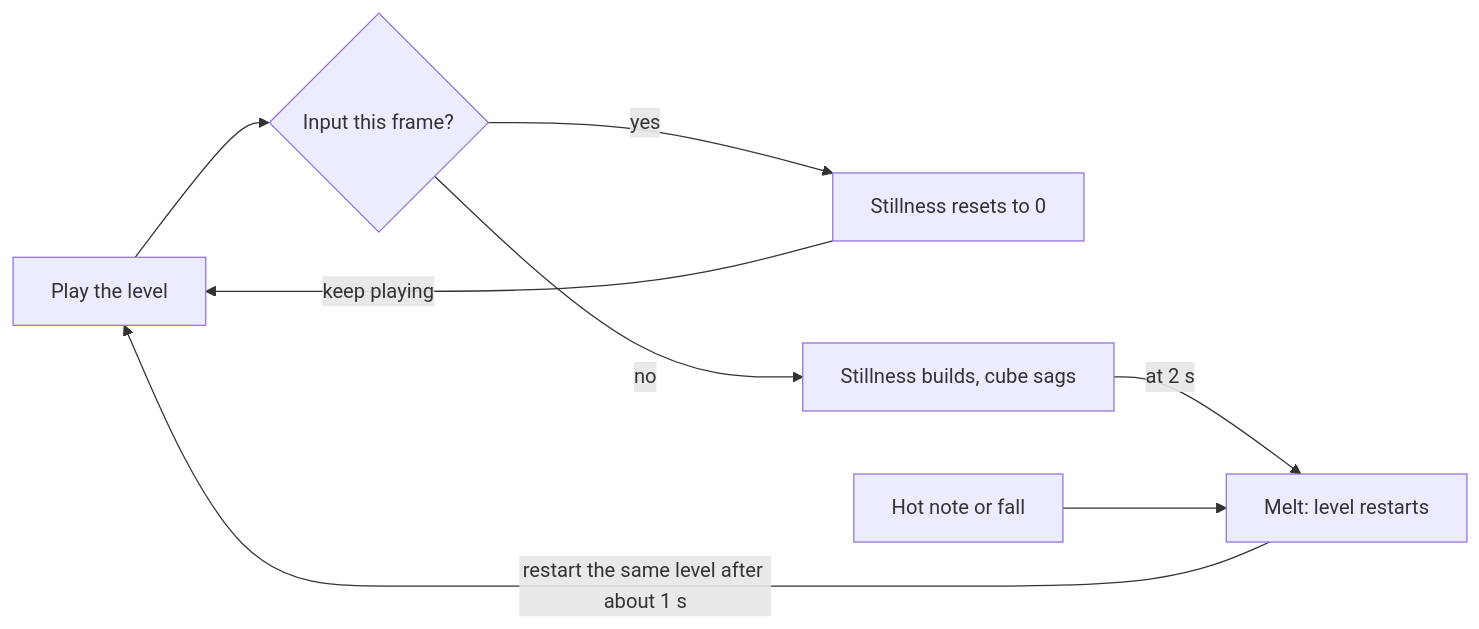
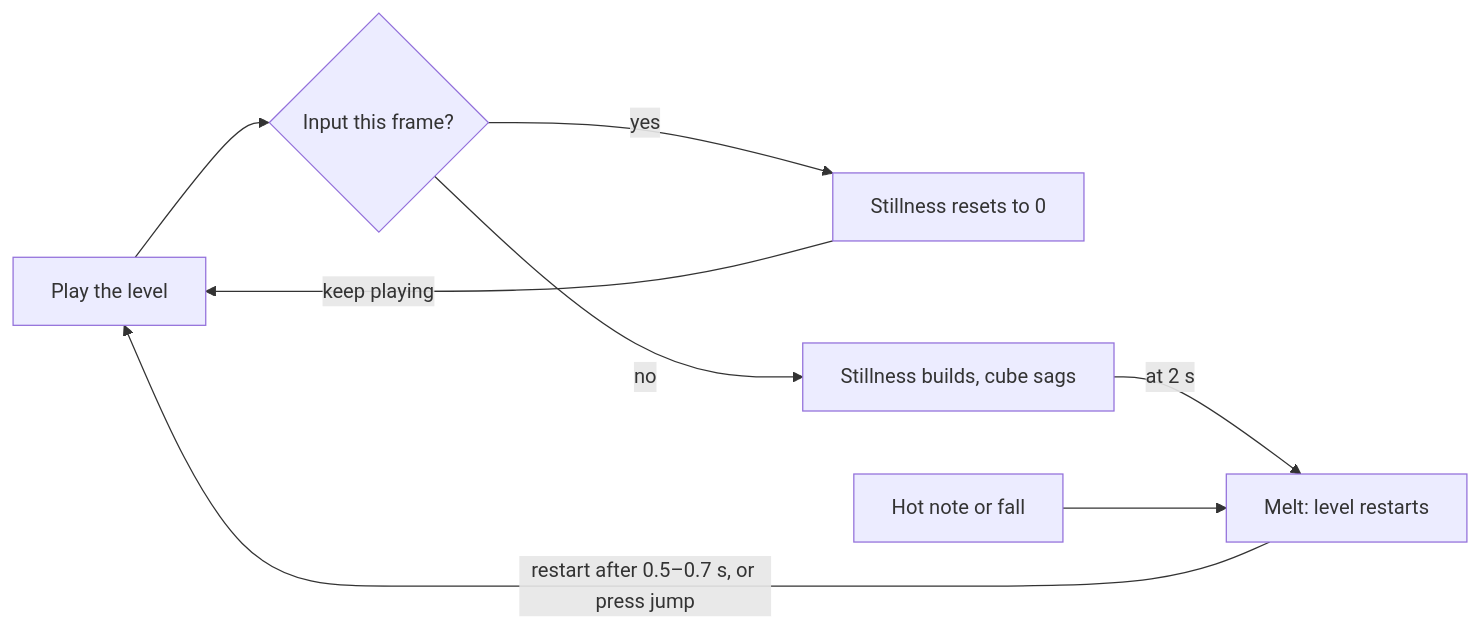
The first of 2 diagrams in docs/GDD.md (lazywarp/OctAIJam), drawn with Mermaid before and after one commit. The commit also changed other lines of this file and 2 other files, not shown here.

````diff
--- a/docs/GDD.md
+++ b/docs/GDD.md
@@ -35,10 +35,10 @@
 ```mermaid
 flowchart LR
     Play[Play the level] --> Input{Input this frame?}
     Input -- yes --> Reset[Stillness resets to 0]
     Reset -- keep playing --> Play
     Input -- no --> Builds[Stillness builds, cube sags]
     Builds -- at 2 s --> Melt[Melt: level restarts]
     Hazard[Hot note or fall] --> Melt
-    Melt -- restart the same level after about 1 s --> Play
+    Melt -- "restart after 0.5–0.7 s, or press jump" --> Play
 ```
````
